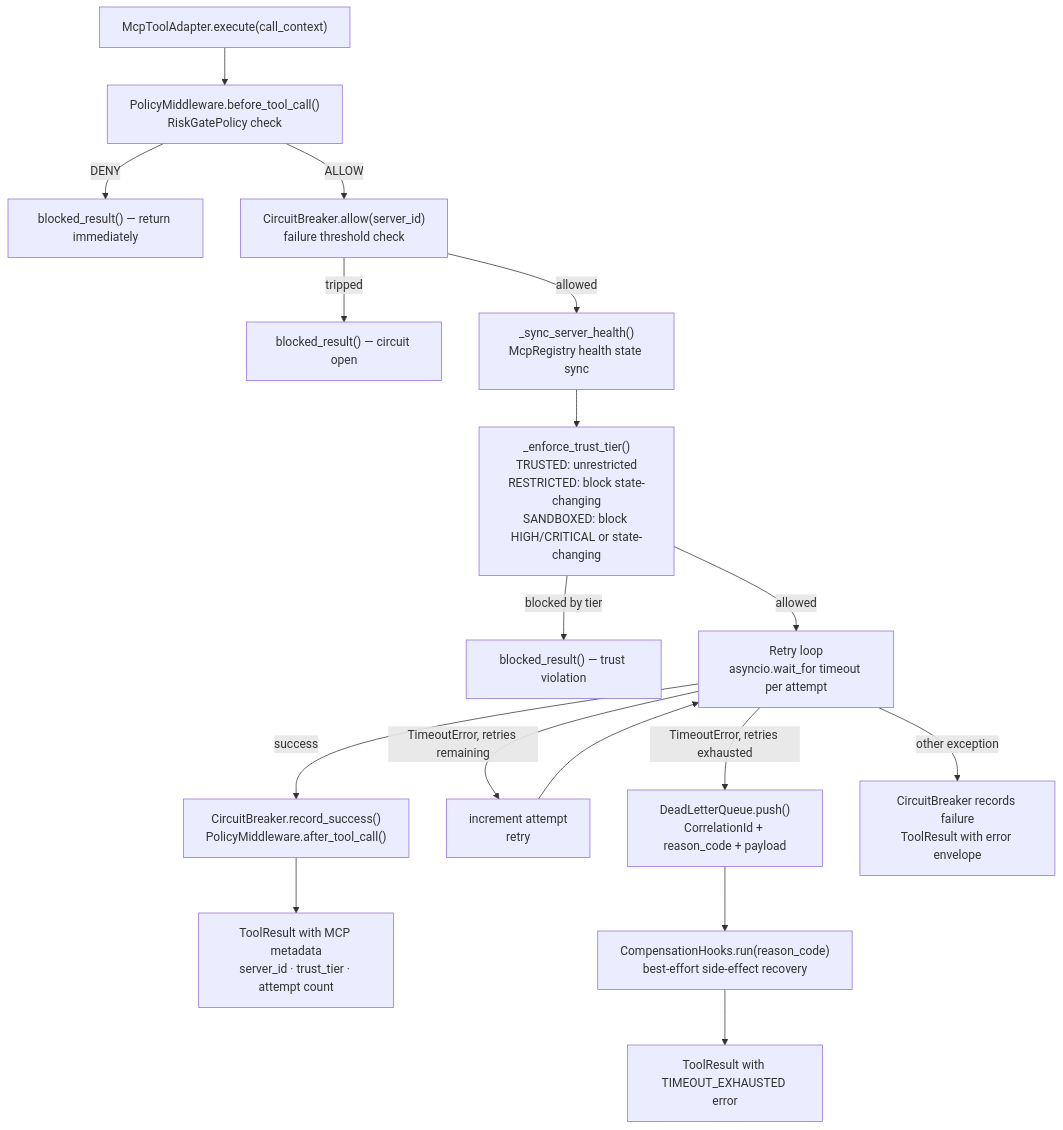
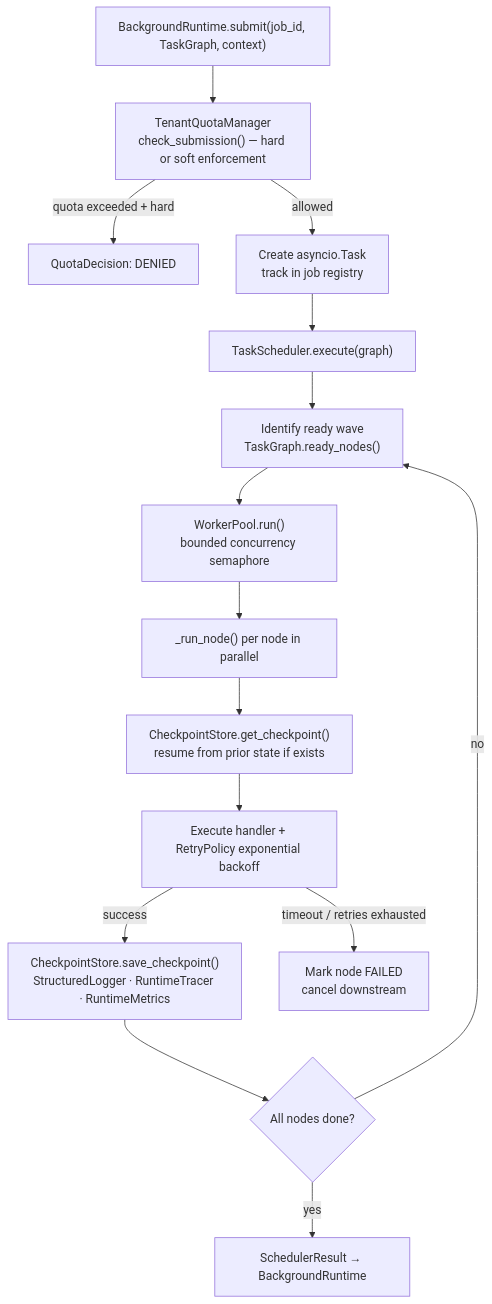
One commit to SavinRazvan/eXo-brain changed the fourth of 5 diagrams in README.md. Above: the diagram before and after it, drawn with Mermaid. The commit also changed other lines of this file and 3 other files, not shown here.

````diff
--- a/README.md
+++ b/README.md
@@ -243,19 +219,17 @@
 ```mermaid
 flowchart TD
-    A["McpToolAdapter.execute(call_context)"] --> B["PolicyMiddleware.before_tool_call()\nRiskGatePolicy check"]
-    B -->|DENY| C["blocked_result() — return immediately"]
-    B -->|ALLOW| D["CircuitBreaker.allow(server_id)\nfailure threshold check"]
-    D -->|tripped| E["blocked_result() — circuit open"]
-    D -->|allowed| F["_sync_server_health()\nMcpRegistry health state sync"]
-    F --> G["_enforce_trust_tier()\nTRUSTED: unrestricted\nRESTRICTED: block state-changing\nSANDBOXED: block HIGH/CRITICAL or state-changing"]
-    G -->|"blocked by tier"| H["blocked_result() — trust violation"]
-    G -->|allowed| I["Retry loop\nasyncio.wait_for timeout per attempt"]
-    I -->|success| J["CircuitBreaker.record_success()\nPolicyMiddleware.after_tool_call()"]
-    J --> K["ToolResult with MCP metadata\nserver_id · trust_tier · attempt count"]
-    I -->|"TimeoutError, retries remaining"| L["increment attempt\nretry"]
-    L --> I
-    I -->|"TimeoutError, retries exhausted"| M["DeadLetterQueue.push()\nCorrelationId + reason_code + payload"]
-    M --> N["CompensationHooks.run(reason_code)\nbest-effort side-effect recovery"]
-    N --> O["ToolResult with TIMEOUT_EXHAUSTED error"]
-    I -->|"other exception"| P["CircuitBreaker records failure\nToolResult with error envelope"]
+    A["BackgroundRuntime.submit(job_id, TaskGraph, context)"] --> B["TenantQuotaManager\ncheck_submission() — hard or soft enforcement"]
+    B -->|"quota exceeded + hard"| C["QuotaDecision: DENIED"]
+    B -->|allowed| D["Create asyncio.Task\ntrack in job registry"]
+    D --> E["TaskScheduler.execute(graph)"]
+    E --> F["Identify ready wave\nTaskGraph.ready_nodes()"]
+    F --> G["WorkerPool.run()\nbounded concurrency semaphore"]
+    G --> H["_run_node() per node in parallel"]
+    H --> I["CheckpointStore.get_checkpoint()\nresume from prior state if exists"]
+    I --> J["Execute handler + RetryPolicy exponential backoff"]
+    J -->|success| K["CheckpointStore.save_checkpoint()\nStructuredLogger · RuntimeTracer · RuntimeMetrics"]
+    K --> L{All nodes done?}
+    L -->|no| F
+    L -->|yes| M["SchedulerResult → BackgroundRuntime"]
+    J -->|"timeout / retries exhausted"| N["Mark node FAILED\ncancel downstream"]
 ```
````
